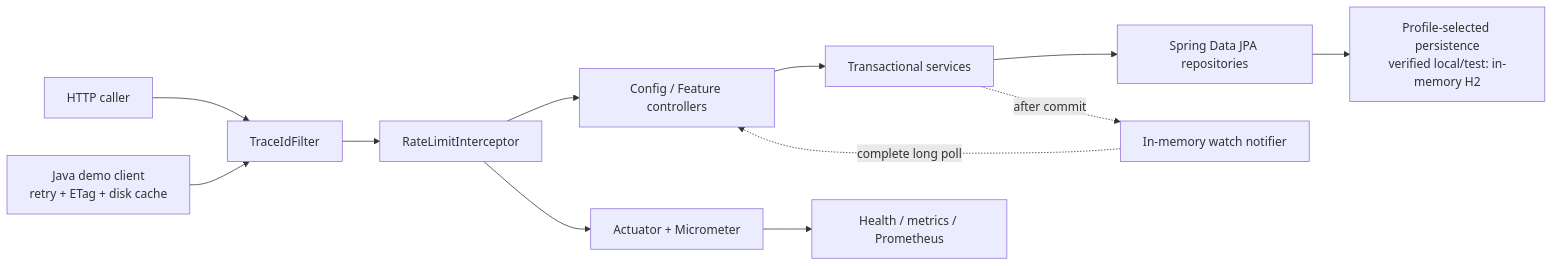
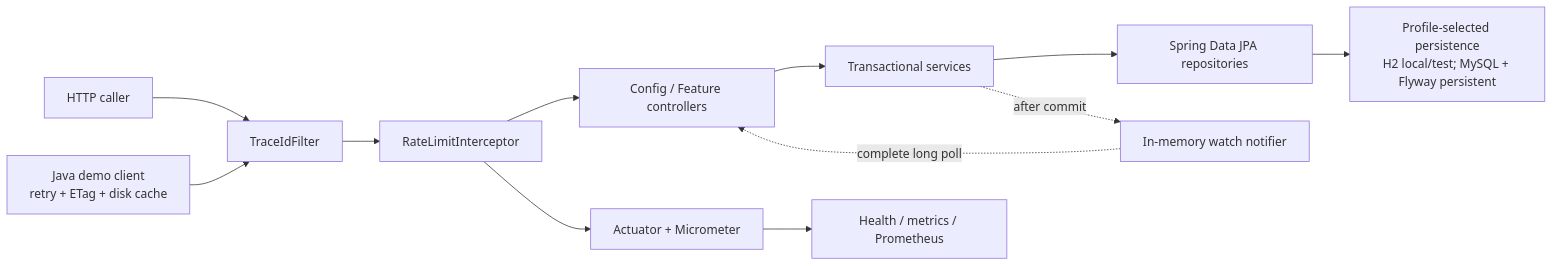
The diagram in README.md (MyKr-YSteinsK/config-center), drawn with Mermaid before and after one commit. The commit also changed other lines of this file and 6 other files, not shown here.

Commit message:
feat(db): add mysql persistence and flyway baseline

````diff
--- a/README.md
+++ b/README.md
@@ -21,14 +21,14 @@
 ```mermaid
 flowchart LR
     Caller["HTTP caller"] --> Trace["TraceIdFilter"]
     Demo["Java demo client\nretry + ETag + disk cache"] --> Trace
     Trace --> Rate["RateLimitInterceptor"]
     Rate --> Controllers["Config / Feature controllers"]
     Controllers --> Services["Transactional services"]
     Services --> Repositories["Spring Data JPA repositories"]
-    Repositories --> H2["Profile-selected persistence\nverified local/test: in-memory H2"]
+    Repositories --> H2["Profile-selected persistence\nH2 local/test; MySQL + Flyway persistent"]
     Services -. "after commit" .-> Watch["In-memory watch notifier"]
     Watch -. "complete long poll" .-> Controllers
     Metrics["Actuator + Micrometer"] --> Registry["Health / metrics / Prometheus"]
     Rate --> Metrics
 ```
````
